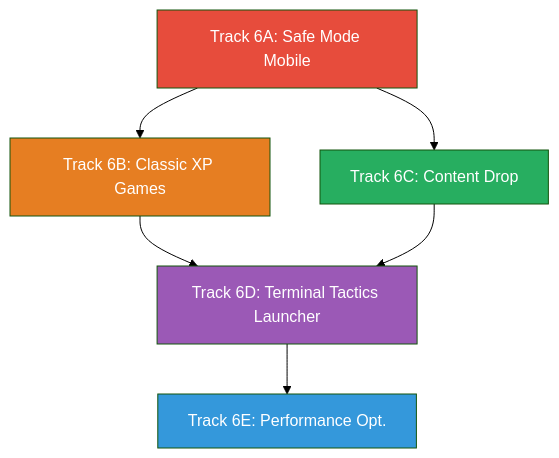
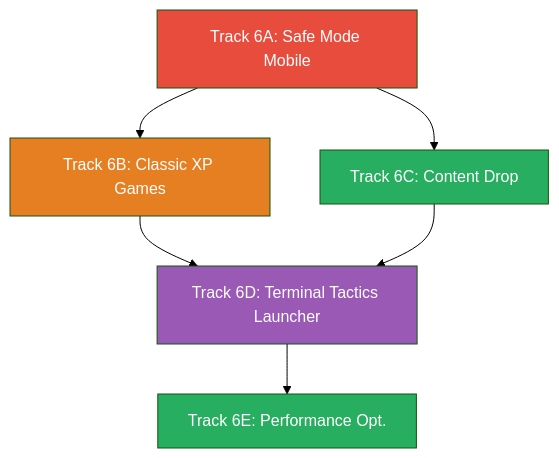
Before and after one commit to mansyar/portfolio-v3: the second of 2 diagrams in docs/ROADMAP_v1.1.md, drawn with Mermaid (forest theme). The commit also changed other lines of this file and 6 other files, not shown here.

First line of the commit message:
docs(conductor): Update PRD, TDD, ROADMAP for Track 6E

````diff
--- a/docs/ROADMAP_v1.1.md
+++ b/docs/ROADMAP_v1.1.md
@@ -488,14 +503,14 @@
 ```mermaid
 graph TD
     T6A[Track 6A: Safe Mode Mobile] --> T6C[Track 6C: Content Drop]
     T6A --> T6B[Track 6B: Classic XP Games]
     T6B --> T6D[Track 6D: Terminal Tactics Launcher]
     T6C --> T6D
     T6D --> T6E[Track 6E: Performance Opt.]
 
     style T6A fill:#e74c3c,color:#fff
     style T6B fill:#e67e22,color:#fff
     style T6C fill:#27ae60,color:#fff
     style T6D fill:#9b59b6,color:#fff
-    style T6E fill:#3498db,color:#fff
+    style T6E fill:#27ae60,color:#fff
 ```
````
